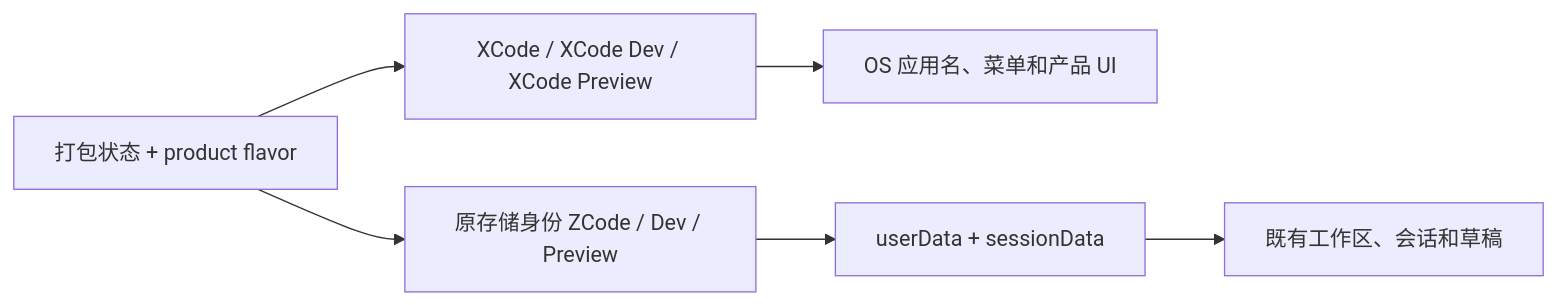
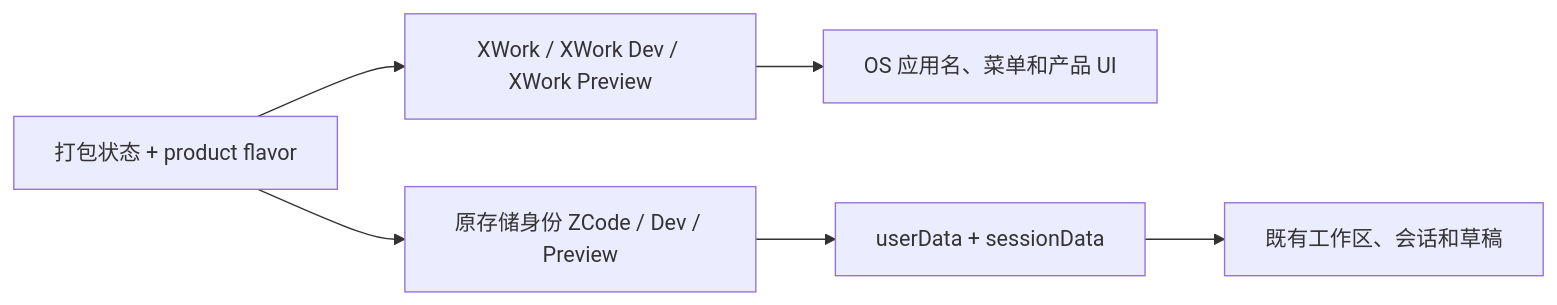
The diagram in docs/xcode/branding/icon-spec.md (978655242/XCode), drawn with Mermaid before and after one commit. The commit also changed other lines of this file and 226 other files, not shown here.

Commit message:
feat(branding): rename product to XWork

````diff
--- a/docs/xcode/branding/icon-spec.md
+++ b/docs/xcode/branding/icon-spec.md
@@ -21,8 +21,8 @@
 ```mermaid
 flowchart LR
-  Flavor["打包状态 + product flavor"] --> Display["XCode / XCode Dev / XCode Preview"]
+  Flavor["打包状态 + product flavor"] --> Display["XWork / XWork Dev / XWork Preview"]
   Display --> Surface["OS 应用名、菜单和产品 UI"]
   Flavor --> Legacy["原存储身份 ZCode / Dev / Preview"]
   Legacy --> Paths["userData + sessionData"]
   Paths --> History["既有工作区、会话和草稿"]
 ```
````
